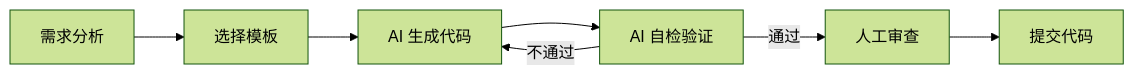
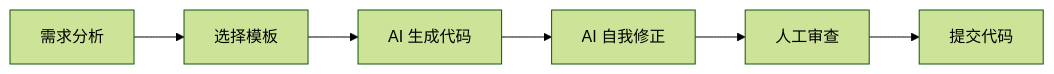
Before and after one commit to daly-dai/ai-admin-pro: the diagram in .ai/README.md, drawn with Mermaid (forest theme). The commit also changed other lines of this file and 7 other files, not shown here.

````diff
--- a/.ai/README.md
+++ b/.ai/README.md
@@ -71,9 +79,8 @@
 ```mermaid
 graph LR
     A[需求分析] --> B[选择模板]
     B --> C[AI 生成代码]
-    C --> D[AI 自检验证]
-    D -->|通过| E[人工审查]
-    D -->|不通过| C
+    C --> D[AI 自我修正]
+    D --> E[人工审查]
     E --> F[提交代码]
 ```
````
